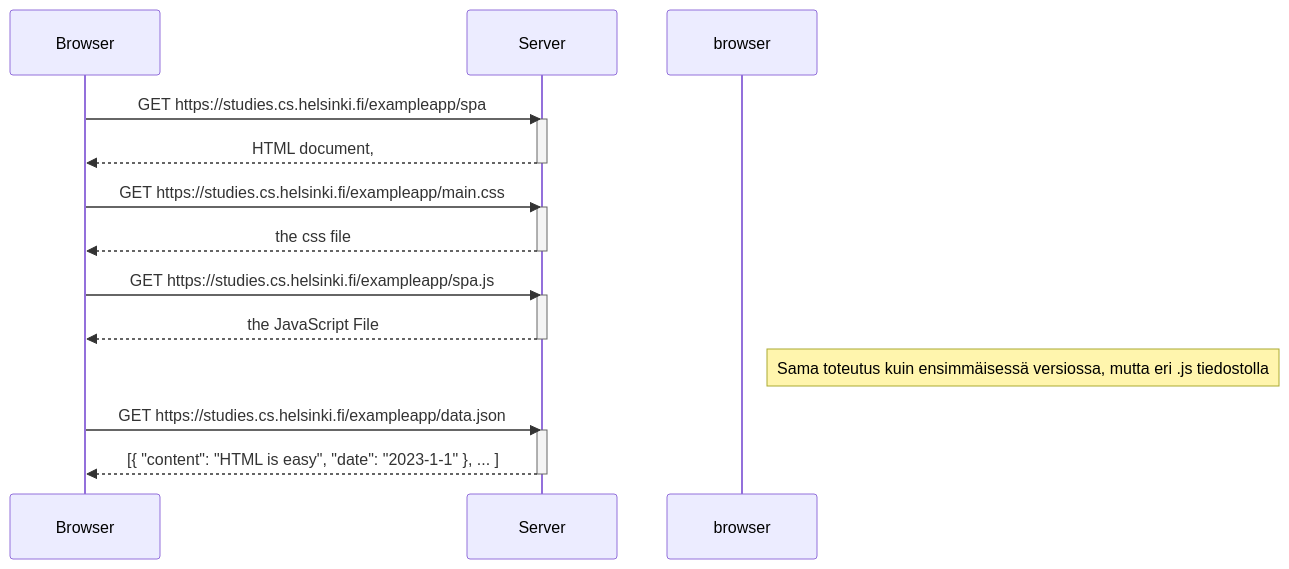
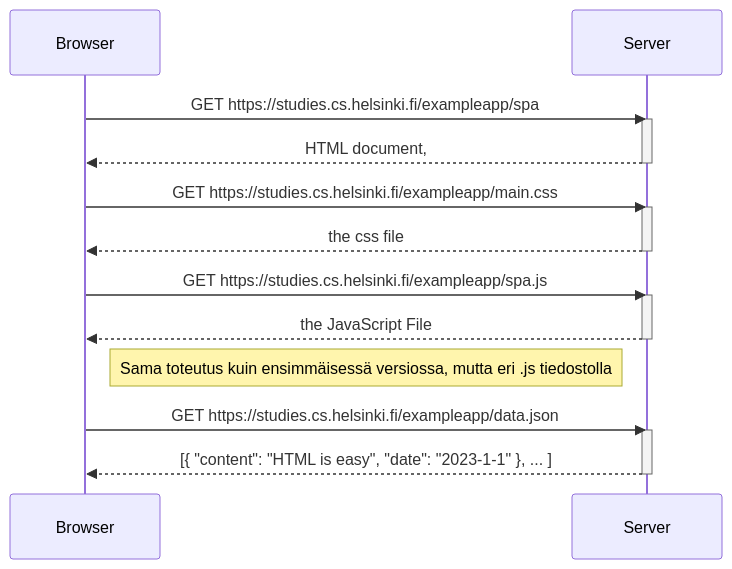
The diagram in 0.5 Kaavio.md (seculoseculorum/FullStack_Osa0), drawn with Mermaid before and after one commit.

Commit message:
Update 0.5 Kaavio.md

````diff
--- a/0.5 Kaavio.md
+++ b/0.5 Kaavio.md
@@ -1,28 +1,28 @@
 ```mermaid
 sequenceDiagram
     participant Browser
     participant Server
     
     Browser->>Server: GET https://studies.cs.helsinki.fi/exampleapp/spa
     activate Server
     Server-->>Browser: HTML document,
     deactivate Server
 
     Browser->>Server: GET https://studies.cs.helsinki.fi/exampleapp/main.css
     activate Server
     Server-->>Browser: the css file
     deactivate Server
 
     Browser->>Server: GET https://studies.cs.helsinki.fi/exampleapp/spa.js
     activate Server
     Server-->>Browser: the JavaScript File
     deactivate Server
 
-    Note right of browser: Sama toteutus kuin ensimmäisessä versiossa, mutta eri .js tiedostolla
+    Note right of Browser: Sama toteutus kuin ensimmäisessä versiossa, mutta eri .js tiedostolla
     
     Browser->>Server: GET https://studies.cs.helsinki.fi/exampleapp/data.json
     activate Server
     Server-->>Browser: [{ "content": "HTML is easy", "date": "2023-1-1" }, ... ]
     deactivate Server    
     
 ```
````
